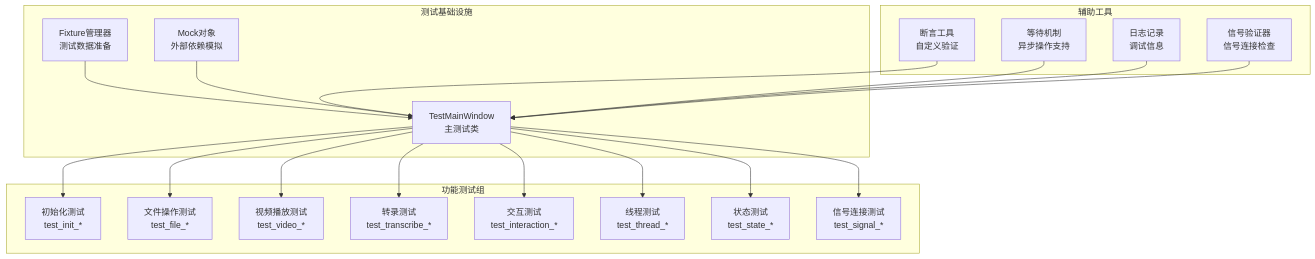
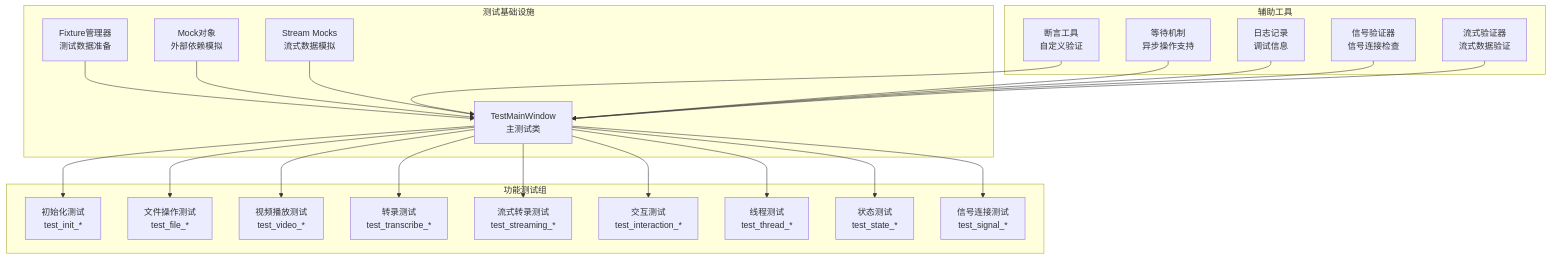
One commit to boyingliu01/VideoSplitter changed diagram 12 of 14 in .qoder/repowiki/zh/content/测试与质量保证/GUI测试.md. Above: the diagram before and after it, drawn with Mermaid. The commit also changed other lines of this file and 147 other files, not shown here.

````diff
--- a/.qoder/repowiki/zh/content/测试与质量保证/GUI测试.md
+++ b/.qoder/repowiki/zh/content/测试与质量保证/GUI测试.md
@@ -486,38 +567,44 @@
 ```mermaid
 graph TB
 subgraph "测试基础设施"
 A["TestMainWindow<br/>主测试类"]
 B["Fixture管理器<br/>测试数据准备"]
 C["Mock对象<br/>外部依赖模拟"]
+D["Stream Mocks<br/>流式数据模拟"]
 end
 subgraph "功能测试组"
-D["初始化测试<br/>test_init_*"]
-E["文件操作测试<br/>test_file_*"]
-F["视频播放测试<br/>test_video_*"]
-G["转录测试<br/>test_transcribe_*"]
-H["交互测试<br/>test_interaction_*"]
-I["线程测试<br/>test_thread_*"]
-J["状态测试<br/>test_state_*"]
-K["信号连接测试<br/>test_signal_*"]
+E["初始化测试<br/>test_init_*"]
+F["文件操作测试<br/>test_file_*"]
+G["视频播放测试<br/>test_video_*"]
+H["转录测试<br/>test_transcribe_*"]
+I["流式转录测试<br/>test_streaming_*"]
+J["交互测试<br/>test_interaction_*"]
+K["线程测试<br/>test_thread_*"]
+L["状态测试<br/>test_state_*"]
+M["信号连接测试<br/>test_signal_*"]
 end
 subgraph "辅助工具"
-L["断言工具<br/>自定义验证"]
-M["等待机制<br/>异步操作支持"]
-N["日志记录<br/>调试信息"]
-O["信号验证器<br/>信号连接检查"]
+N["断言工具<br/>自定义验证"]
+O["等待机制<br/>异步操作支持"]
+P["日志记录<br/>调试信息"]
+Q["信号验证器<br/>信号连接检查"]
+R["流式验证器<br/>流式数据验证"]
 end
-A --> D
 A --> E
 A --> F
 A --> G
 A --> H
 A --> I
 A --> J
 A --> K
+A --> L
+A --> M
 B --> A
 C --> A
-L --> A
-M --> A
+D --> A
 N --> A
 O --> A
+P --> A
+Q --> A
+R --> A
 ```
````
